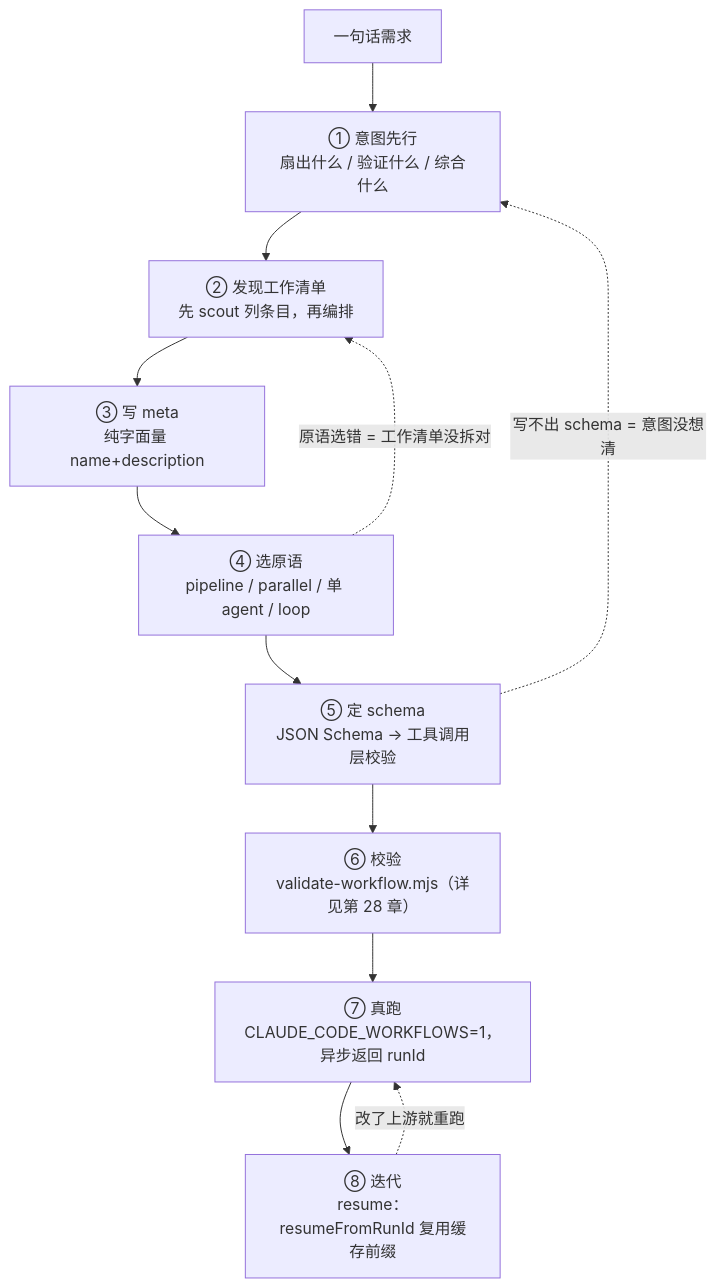
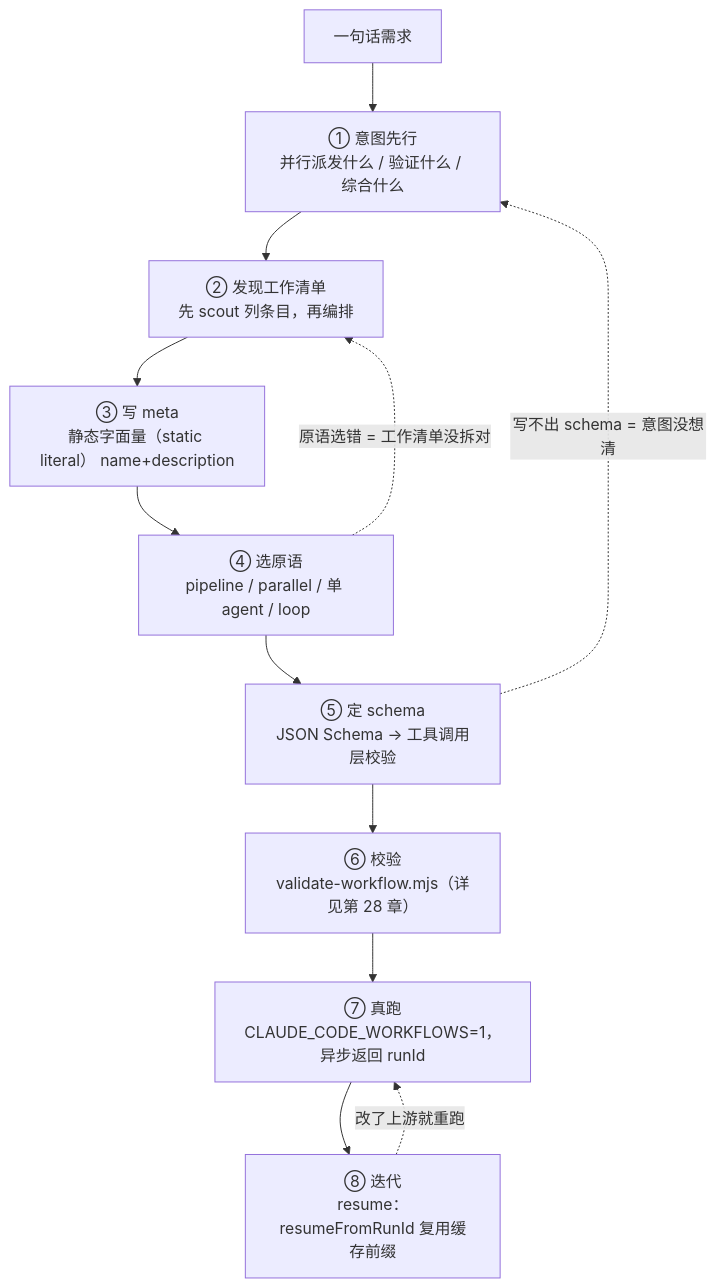
The first of 6 diagrams in docs/zh/p6-27-authoring.md (AGI-is-going-to-arrive/workflow-cookbook), drawn with Mermaid before and after one commit. The commit also changed other lines of this file and 78 other files, not shown here.

````diff
--- a/docs/zh/p6-27-authoring.md
+++ b/docs/zh/p6-27-authoring.md
@@ -13,14 +13,14 @@
 ```mermaid
 flowchart TD
-    A["一句话需求"] --> B["① 意图先行<br/>扇出什么 / 验证什么 / 综合什么"]
+    A["一句话需求"] --> B["① 意图先行<br/>并行派发什么 / 验证什么 / 综合什么"]
     B --> C["② 发现工作清单<br/>先 scout 列条目，再编排"]
-    C --> D["③ 写 meta<br/>纯字面量 name+description"]
+    C --> D["③ 写 meta<br/>静态字面量（static literal） name+description"]
     D --> E["④ 选原语<br/>pipeline / parallel / 单 agent / loop"]
     E --> F["⑤ 定 schema<br/>JSON Schema → 工具调用层校验"]
     F --> G["⑥ 校验<br/>validate-workflow.mjs（详见第 28 章）"]
     G --> H["⑦ 真跑<br/>CLAUDE_CODE_WORKFLOWS=1，异步返回 runId"]
     H --> I["⑧ 迭代<br/>resume：resumeFromRunId 复用缓存前缀"]
     I -.改了上游就重跑.-> H
     F -.写不出 schema = 意图没想清.-> B
     E -.原语选错 = 工作清单没拆对.-> C
 ```
````
